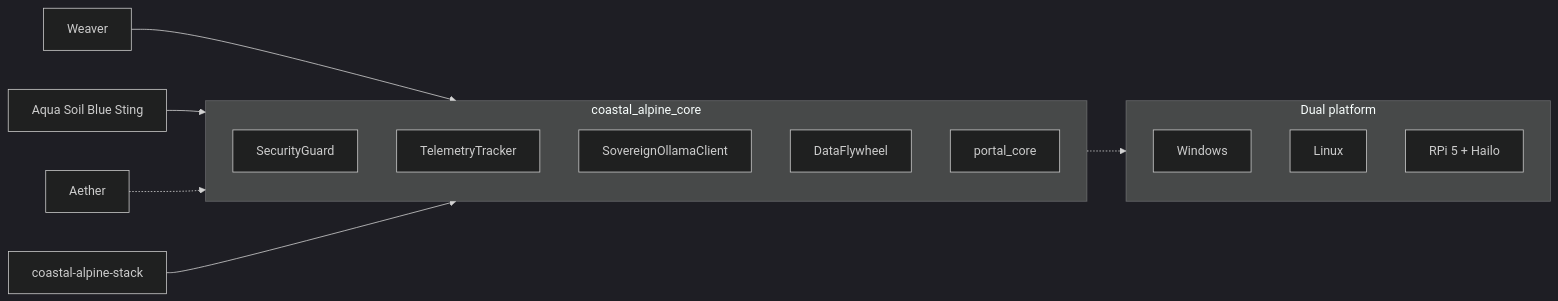
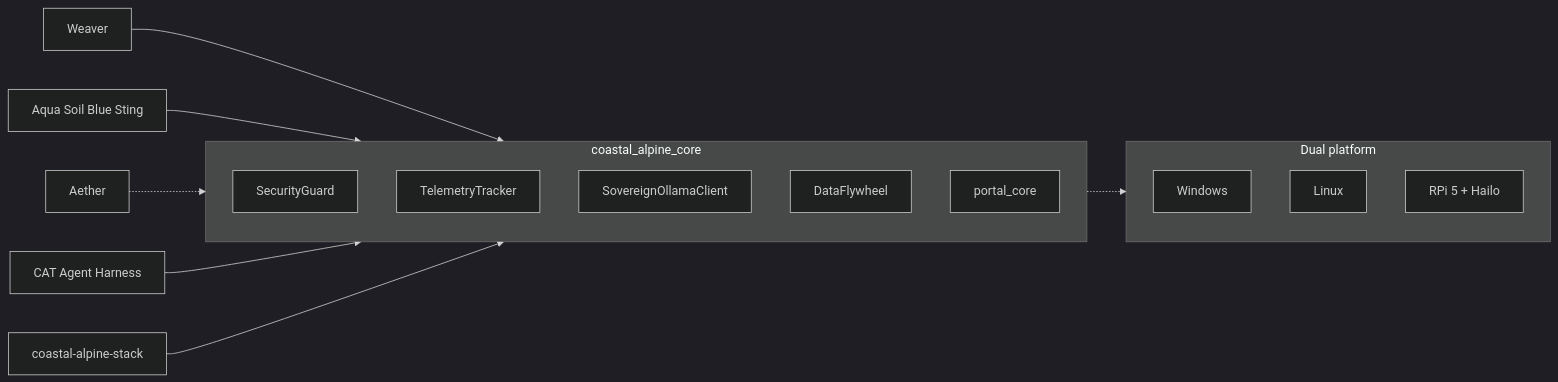
The diagram in ARCHITECTURE.md (fivepanelhat/Coastal-Alpine-Core), drawn with Mermaid before and after one commit. The commit also changed other lines of this file, not shown here.

Commit message:
chore: register cat-agent-harness in hybridisation table

````diff
--- a/ARCHITECTURE.md
+++ b/ARCHITECTURE.md
@@ -47,21 +48,22 @@
 ```mermaid
 %%{init: { "theme": "dark", "flowchart": { "curve": "basis", "useMaxWidth": true } }}%%
 flowchart LR
     subgraph SDK[coastal_alpine_core]
         G[SecurityGuard]
         T[TelemetryTracker]
         O[SovereignOllamaClient]
         F[DataFlywheel]
         P[portal_core]
     end
     W[Weaver] --> SDK
     Portals[Aqua Soil Blue Sting] --> SDK
     A[Aether] -.-> SDK
+    H[CAT Agent Harness] --> SDK
     S[coastal-alpine-stack] --> SDK
     subgraph HOSTS[Dual platform]
         Win[Windows]
         Lin[Linux]
         RPi[RPi 5 + Hailo]
     end
     SDK -.-> HOSTS
 ```
````
